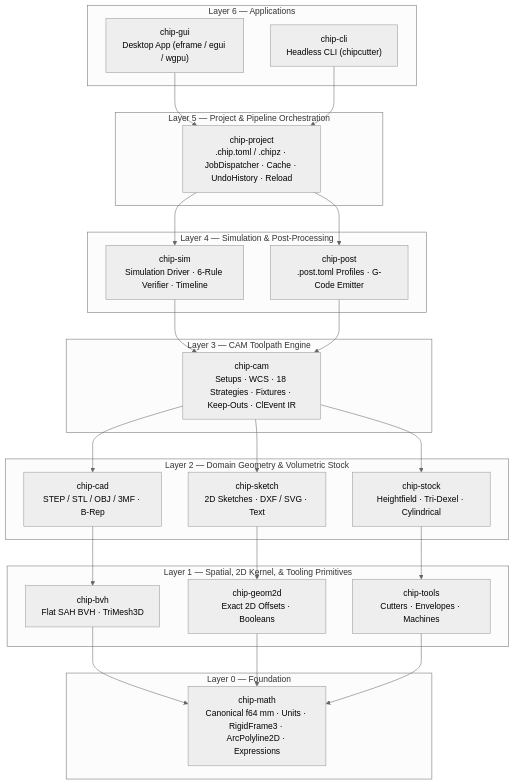
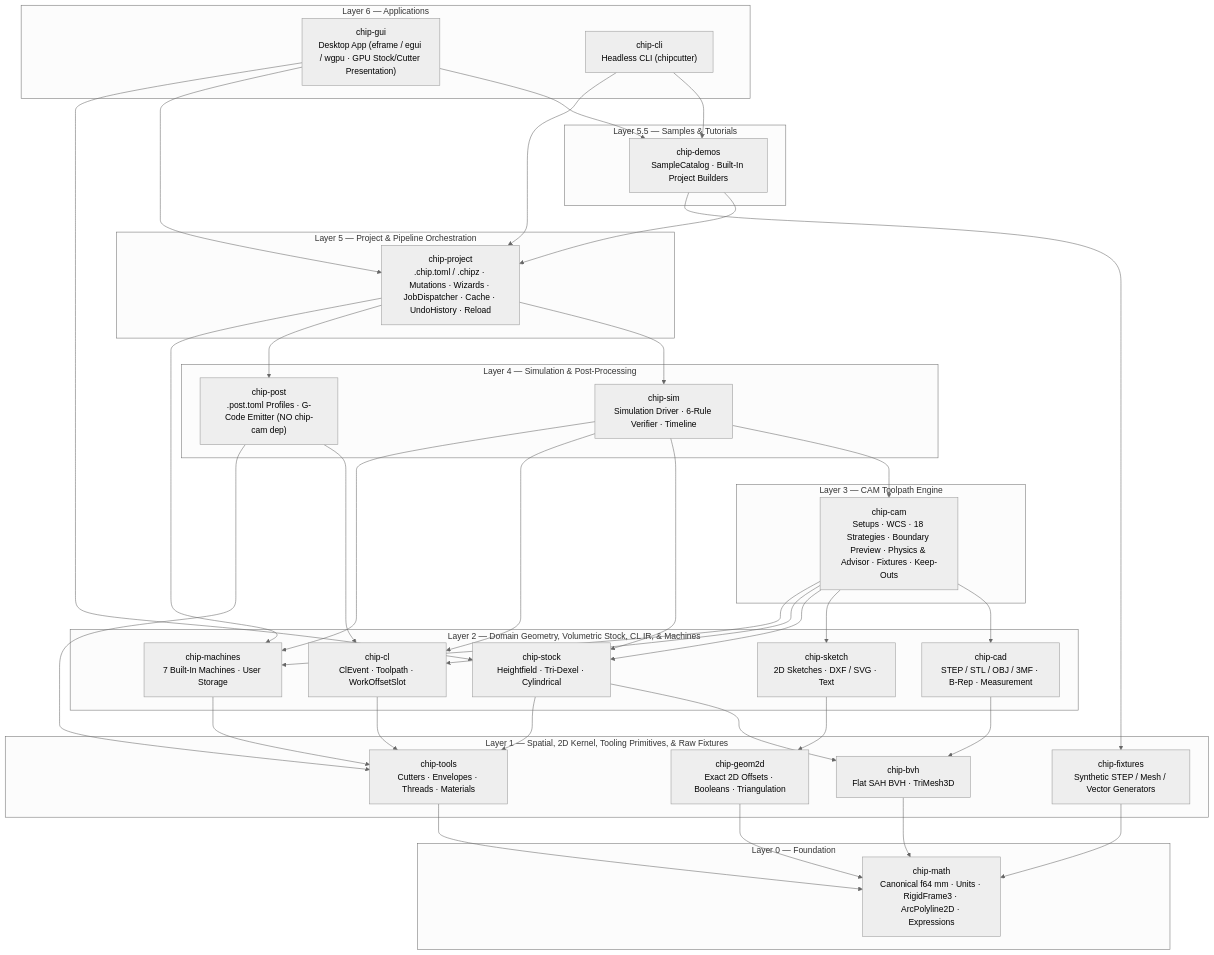
The first of 2 diagrams in specs/01-architecture.md (rk29/ChipCutter), drawn with Mermaid (neutral theme) before and after one commit. The commit also changed other lines of this file and 3 other files, not shown here.

Commit message:
docs(m100): sync architecture specs and AGENTS.md for Phase 27 17-crate layout

````diff
--- a/specs/01-architecture.md
+++ b/specs/01-architecture.md
@@ -51,57 +56,82 @@
 ```mermaid
 flowchart TB
     subgraph L6["Layer 6 — Applications"]
-        GUI["chip-gui\nDesktop App (eframe / egui / wgpu)"]
+        GUI["chip-gui\nDesktop App (eframe / egui / wgpu · GPU Stock/Cutter Presentation)"]
         CLI["chip-cli\nHeadless CLI (chipcutter)"]
     end
 
+    subgraph L55["Layer 5.5 — Samples & Tutorials"]
+        DEMOS["chip-demos\nSampleCatalog · Built-In Project Builders"]
+    end
+
     subgraph L5["Layer 5 — Project & Pipeline Orchestration"]
-        PROJECT["chip-project\n.chip.toml / .chipz · JobDispatcher · Cache · UndoHistory · Reload"]
+        PROJECT["chip-project\n.chip.toml / .chipz · Mutations · Wizards · JobDispatcher · Cache · UndoHistory · Reload"]
     end
 
     subgraph L4["Layer 4 — Simulation & Post-Processing"]
         SIM["chip-sim\nSimulation Driver · 6-Rule Verifier · Timeline"]
-        POST["chip-post\n.post.toml Profiles · G-Code Emitter"]
+        POST["chip-post\n.post.toml Profiles · G-Code Emitter (NO chip-cam dep)"]
     end
 
     subgraph L3["Layer 3 — CAM Toolpath Engine"]
-        CAM["chip-cam\nSetups · WCS · 18 Strategies · Fixtures · Keep-Outs · ClEvent IR"]
+        CAM["chip-cam\nSetups · WCS · 18 Strategies · Boundary Preview · Physics & Advisor · Fixtures · Keep-Outs"]
     end
 
-    subgraph L2["Layer 2 — Domain Geometry & Volumetric Stock"]
-        CAD["chip-cad\nSTEP / STL / OBJ / 3MF · B-Rep"]
+    subgraph L2["Layer 2 — Domain Geometry, Volumetric Stock, CL IR, & Machines"]
+        CAD["chip-cad\nSTEP / STL / OBJ / 3MF · B-Rep · Measurement"]
         SKETCH["chip-sketch\n2D Sketches · DXF / SVG · Text"]
         STOCK["chip-stock\nHeightfield · Tri-Dexel · Cylindrical"]
+        CL["chip-cl\nClEvent · Toolpath · WorkOffsetSlot"]
+        MACHINES["chip-machines\n7 Built-In Machines · User Storage"]
     end
 
-    subgraph L1["Layer 1 — Spatial, 2D Kernel, & Tooling Primitives"]
+    subgraph L1["Layer 1 — Spatial, 2D Kernel, Tooling Primitives, & Raw Fixtures"]
         BVH["chip-bvh\nFlat SAH BVH · TriMesh3D"]
-        GEOM2D["chip-geom2d\nExact 2D Offsets · Booleans"]
-        TOOLS["chip-tools\nCutters · Envelopes · Machines"]
+        GEOM2D["chip-geom2d\nExact 2D Offsets · Booleans · Triangulation"]
+        TOOLS["chip-tools\nCutters · Envelopes · Threads · Materials"]
+        FIXTURES["chip-fixtures\nSynthetic STEP / Mesh / Vector Generators"]
     end
 
     subgraph L0["Layer 0 — Foundation"]
         MATH["chip-math\nCanonical f64 mm · Units · RigidFrame3 · ArcPolyline2D · Expressions"]
     end
 
+    GUI --> DEMOS
     GUI --> PROJECT
+    GUI --> STOCK
+    CLI --> DEMOS
     CLI --> PROJECT
+
+    DEMOS --> PROJECT
+    DEMOS --> FIXTURES
 
     PROJECT --> SIM
     PROJECT --> POST
+    PROJECT --> MACHINES
 
     SIM --> CAM
-    POST --> CAM
+    SIM --> STOCK
+    SIM --> CL
+    SIM --> MACHINES
+
+    POST --> CL
+    POST --> TOOLS
 
     CAM --> CAD
     CAM --> SKETCH
     CAM --> STOCK
+    CAM --> CL
+    CAM --> MACHINES
 
     CAD --> BVH
     SKETCH --> GEOM2D
+    STOCK --> BVH
     STOCK --> TOOLS
+    CL --> TOOLS
+    MACHINES --> TOOLS
+    FIXTURES --> MATH
 
     BVH --> MATH
     GEOM2D --> MATH
     TOOLS --> MATH
 ```
````
